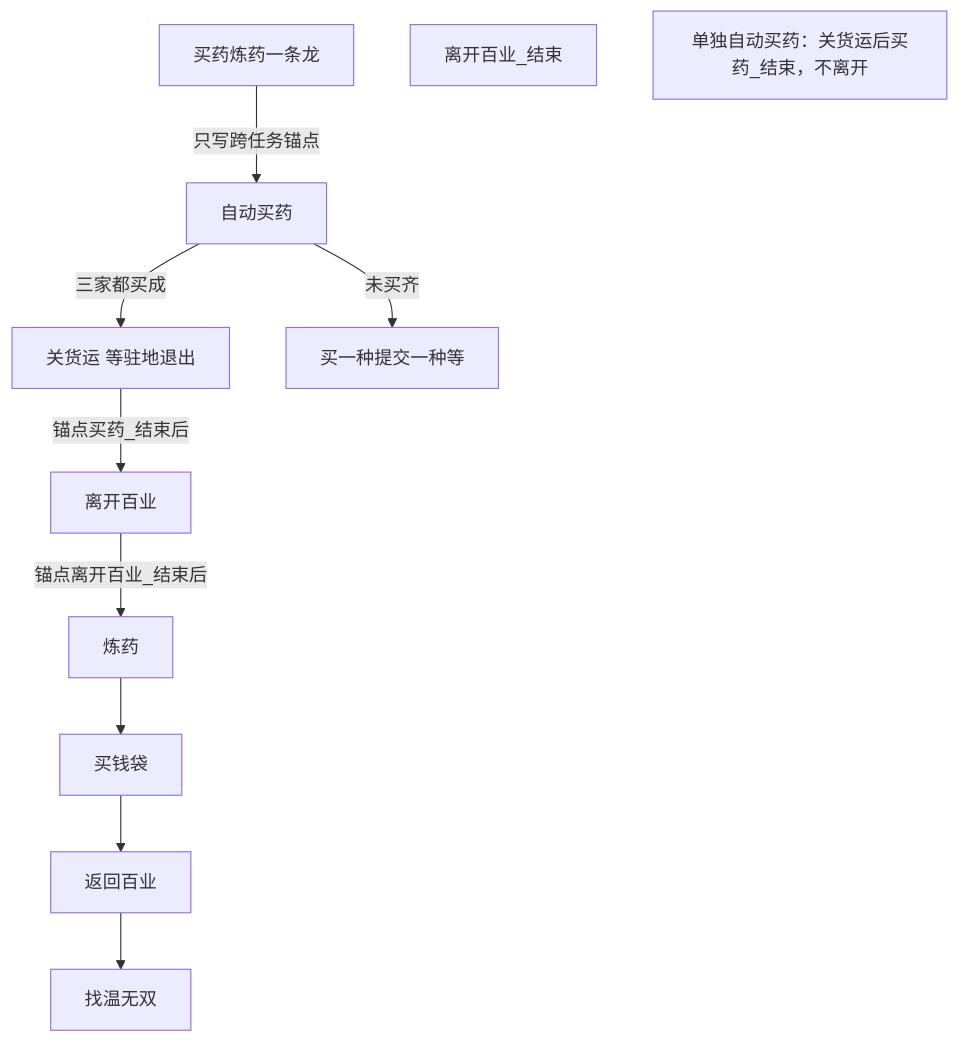
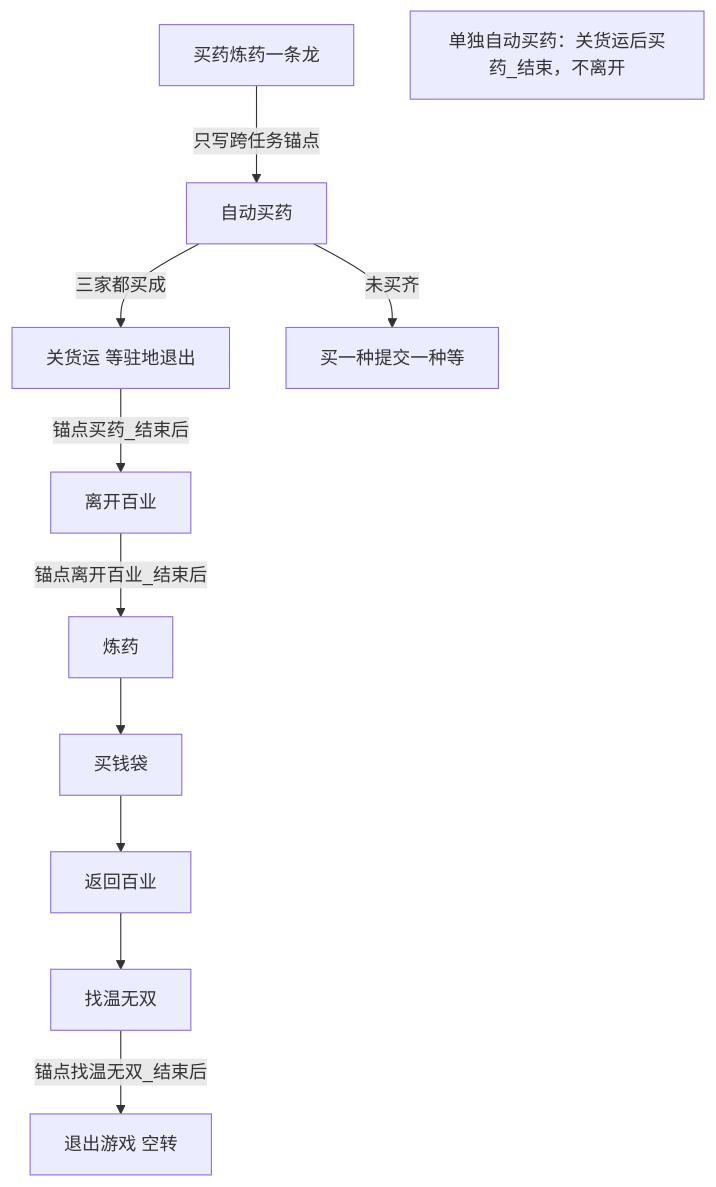
Before and after one commit to 82488059/MAAJN: the diagram in docs/zh_cn/买药炼药一条龙.md, drawn with Mermaid. The commit also changed other lines of this file and 10 other files, not shown here.

````diff
--- a/docs/zh_cn/买药炼药一条龙.md
+++ b/docs/zh_cn/买药炼药一条龙.md
@@ -19,19 +20,20 @@
 ```mermaid
 flowchart TD
   entry["买药炼药一条龙"]
   buy["自动买药"]
   backMenu["关货运 等驻地退出"]
   leave["离开百业"]
   alchemy["炼药"]
   money["买钱袋"]
   backBaiye["返回百业"]
   find["找温无双"]
-  leaveStop["离开百业_结束"]
+  exitGame["退出游戏 空转"]
   submit["买一种提交一种等"]
   entry -->|"只写跨任务锚点"| buy
   buy -->|三家都买成| backMenu
   backMenu -->|"锚点买药_结束后"| leave
   leave -->|"锚点离开百业_结束后"| alchemy --> money --> backBaiye --> find
+  find -->|"锚点找温无双_结束后"| exitGame
   buy -->|未买齐| submit
   note["单独自动买药：关货运后买药_结束，不离开"]
 ```
````
